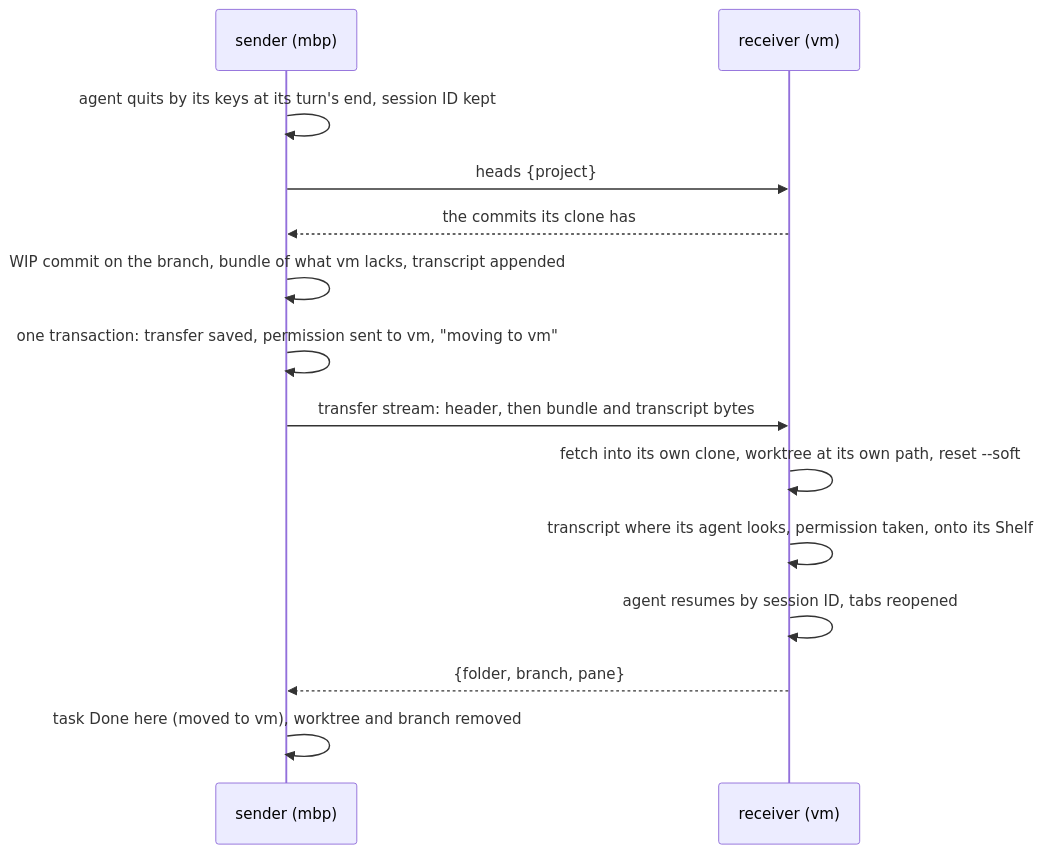
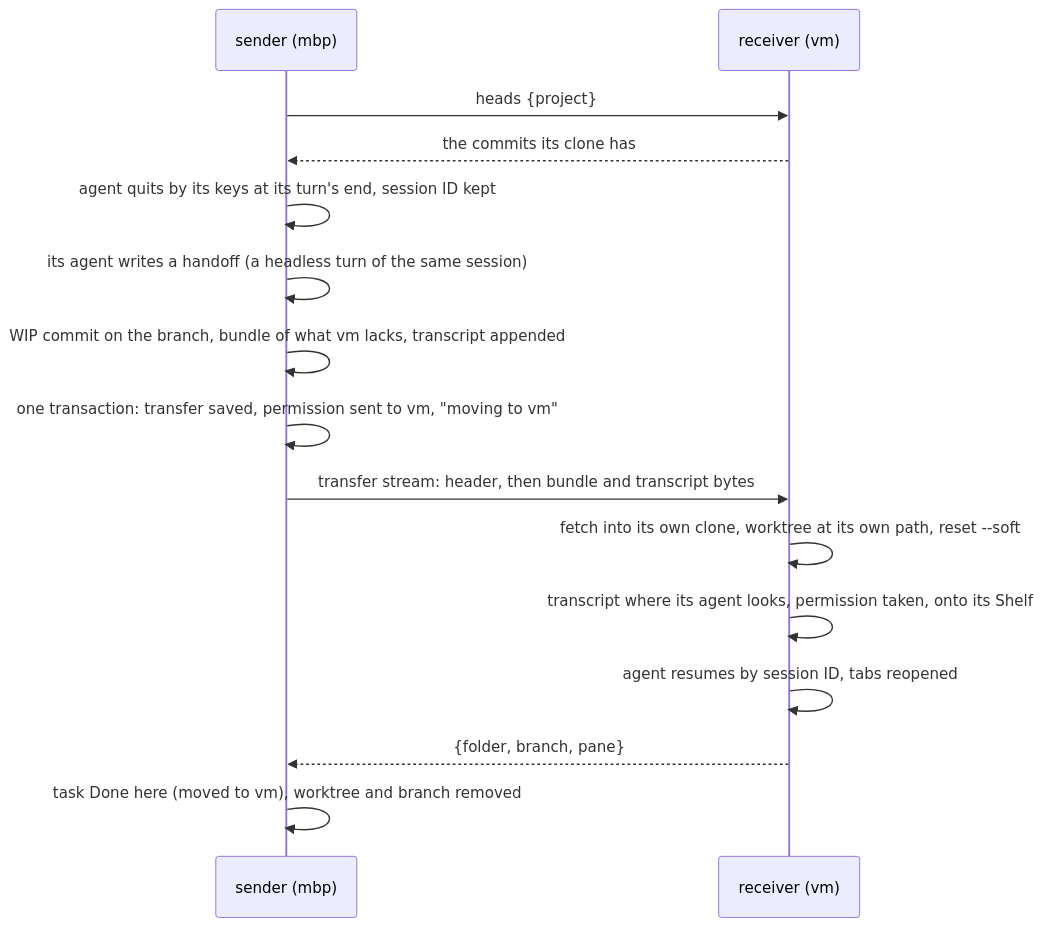
Before and after one commit to tampopogk/kanna: the first of 3 diagrams in docs/specs/task-transfer.md, drawn with Mermaid. The commit also changed other lines of this file and 2 other files, not shown here.

Commit message:
Task transfer spec: the receiver's rules for a branch or worktree it has already, the handoff fallback, the agent asked after the receiver answers heads, no start while moving, what a peer sends checked where it becomes a path or a command; machine-tasks §3 summarizes them

````diff
--- a/docs/specs/task-transfer.md
+++ b/docs/specs/task-transfer.md
@@ -22,16 +23,17 @@
 ```mermaid
 sequenceDiagram
     participant S as sender (mbp)
     participant R as receiver (vm)
-    S->>S: agent quits by its keys at its turn's end, session ID kept
     S->>R: heads {project}
     R-->>S: the commits its clone has
+    S->>S: agent quits by its keys at its turn's end, session ID kept
+    S->>S: its agent writes a handoff (a headless turn of the same session)
     S->>S: WIP commit on the branch, bundle of what vm lacks, transcript appended
     S->>S: one transaction: transfer saved, permission sent to vm, "moving to vm"
     S->>R: transfer stream: header, then bundle and transcript bytes
     R->>R: fetch into its own clone, worktree at its own path, reset --soft
     R->>R: transcript where its agent looks, permission taken, onto its Shelf
     R->>R: agent resumes by session ID, tabs reopened
     R-->>S: {folder, branch, pane}
     S->>S: task Done here (moved to vm), worktree and branch removed
 ```
````
